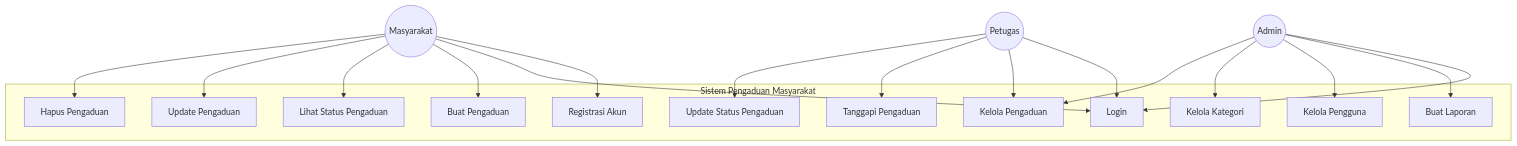
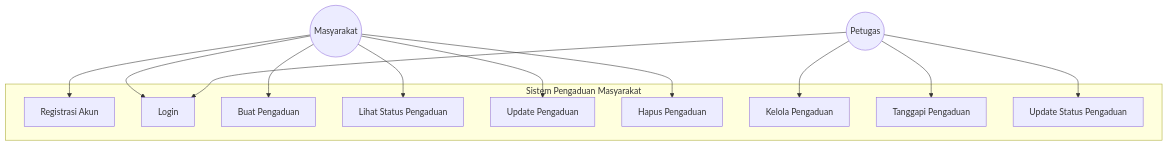
One commit to irfan-ghzl/CRM changed the first of 4 diagrams in DIAGRAMS.md. Above: the diagram before and after it, drawn with Mermaid. The commit also changed other lines of this file, not shown here.

Commit message:
Comment out all Admin-related content in DIAGRAMS.md

````diff
--- a/DIAGRAMS.md
+++ b/DIAGRAMS.md
@@ -9,39 +9,39 @@
 ```mermaid
 graph TB
     subgraph "Sistem Pengaduan Masyarakat"
         UC1[Registrasi Akun]
         UC2[Login]
         UC3[Buat Pengaduan]
         UC4[Lihat Status Pengaduan]
         UC5[Update Pengaduan]
         UC6[Hapus Pengaduan]
         UC7[Kelola Pengaduan]
         UC8[Tanggapi Pengaduan]
         UC9[Update Status Pengaduan]
-        UC10[Buat Laporan]
-        UC11[Kelola Pengguna]
-        UC12[Kelola Kategori]
+        %% UC10[Buat Laporan] - Admin only, commented out
+        %% UC11[Kelola Pengguna] - Admin only, commented out
+        %% UC12[Kelola Kategori] - Admin only, commented out
     end
     
     Masyarakat((Masyarakat))
     Petugas((Petugas))
-    Admin((Admin))
+    %% Admin((Admin)) - Commented out
     
     Masyarakat --> UC1
     Masyarakat --> UC2
     Masyarakat --> UC3
     Masyarakat --> UC4
     Masyarakat --> UC5
     Masyarakat --> UC6
     
     Petugas --> UC2
     Petugas --> UC7
     Petugas --> UC8
     Petugas --> UC9
     
-    Admin --> UC2
-    Admin --> UC10
-    Admin --> UC11
-    Admin --> UC12
-    Admin --> UC7
+    %% Admin --> UC2 - Commented out
+    %% Admin --> UC10 - Commented out
+    %% Admin --> UC11 - Commented out
+    %% Admin --> UC12 - Commented out
+    %% Admin --> UC7 - Commented out
 ```
````
